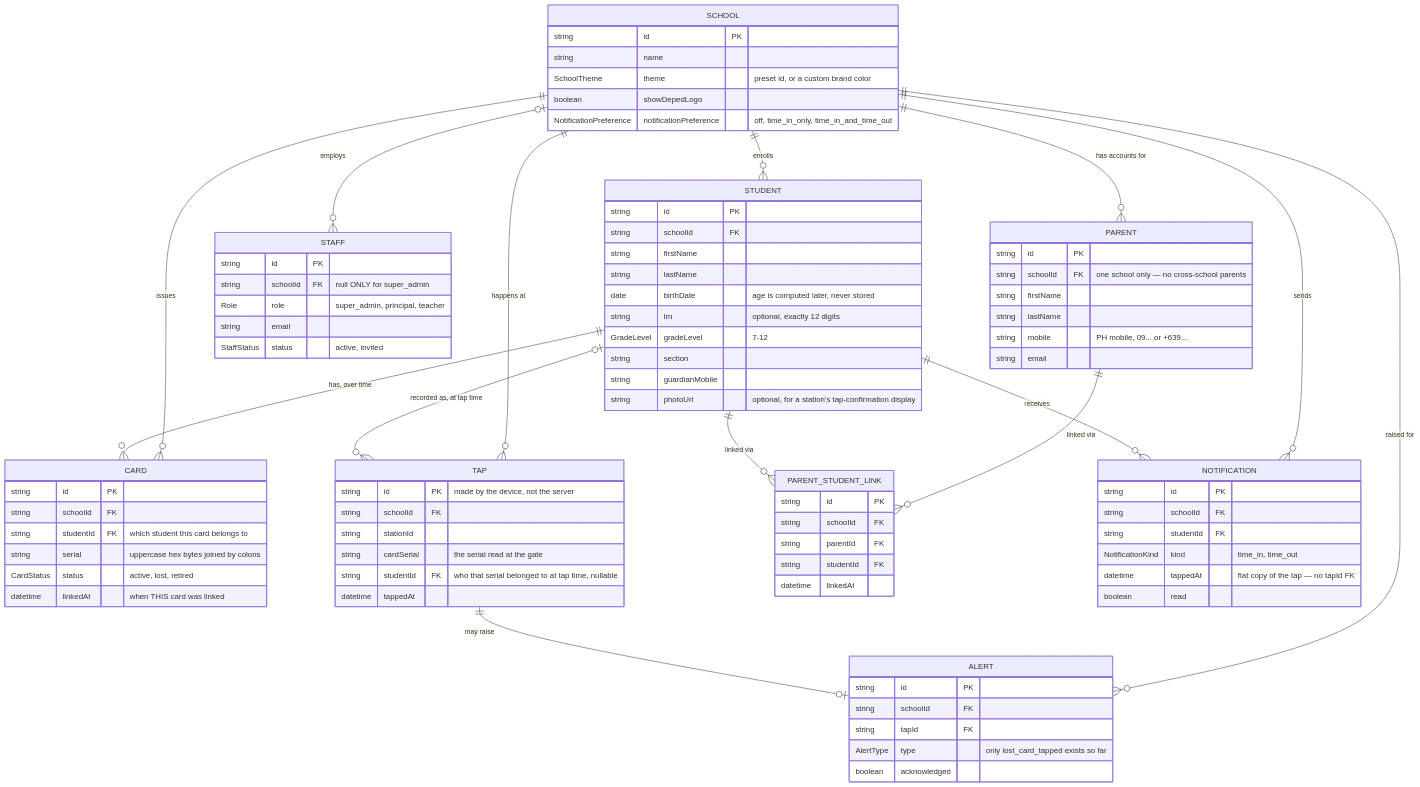
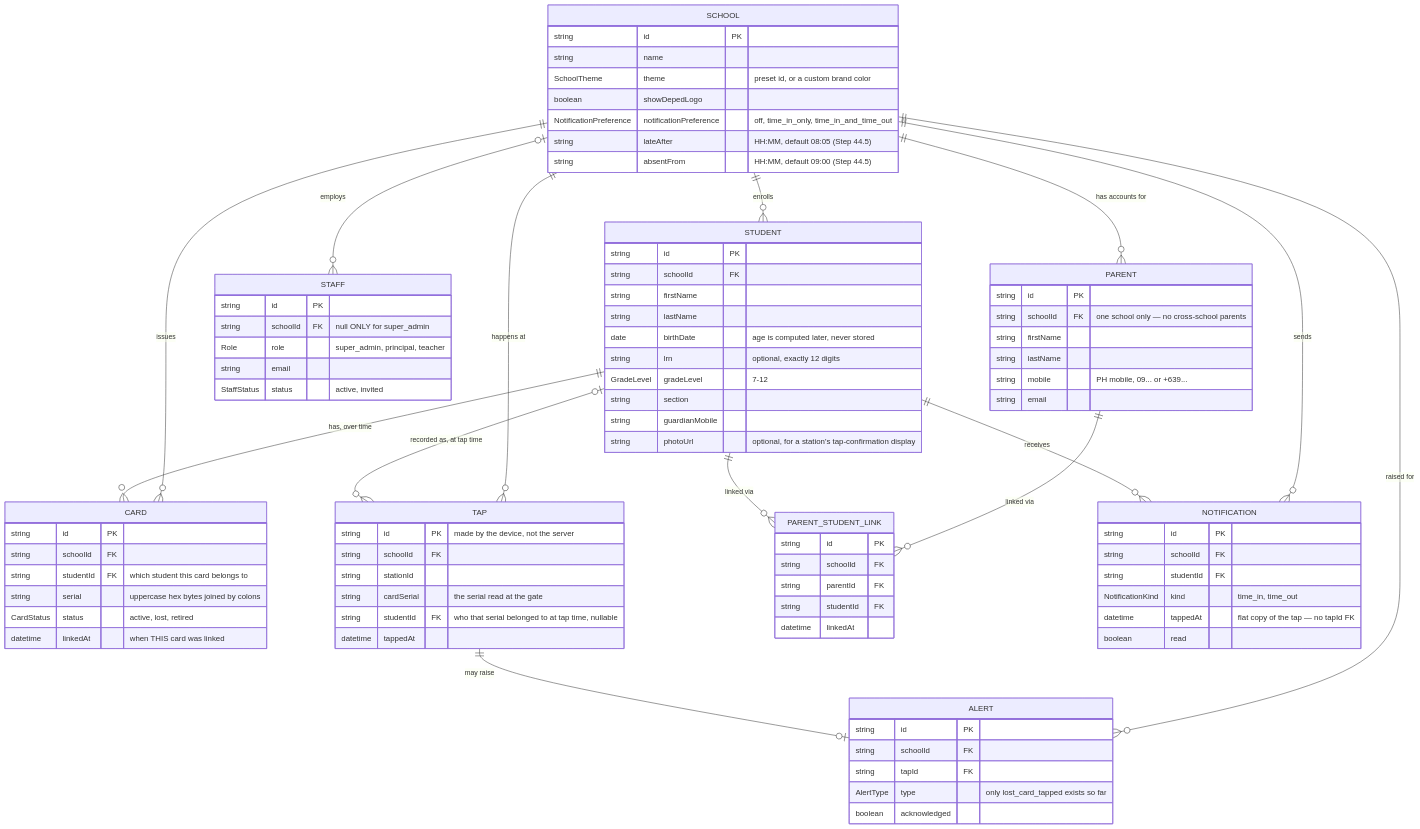
Before and after one commit to psmacabulos/talaan: the first of 2 diagrams in docs/DATA-MODEL.md, drawn with Mermaid. The commit also changed 28 other files, not shown here.

Commit message:
feat(settings): each school sets its own late and absent times

```diff
--- a/docs/DATA-MODEL.md
+++ b/docs/DATA-MODEL.md
@@ -32,6 +32,8 @@
         SchoolTheme theme "preset id, or a custom brand color"
         boolean showDepedLogo
         NotificationPreference notificationPreference "off, time_in_only, time_in_and_time_out"
+        string lateAfter "HH:MM, default 08:05 (Step 44.5)"
+        string absentFrom "HH:MM, default 09:00 (Step 44.5)"
     }
     STAFF {
         string id PK
```
